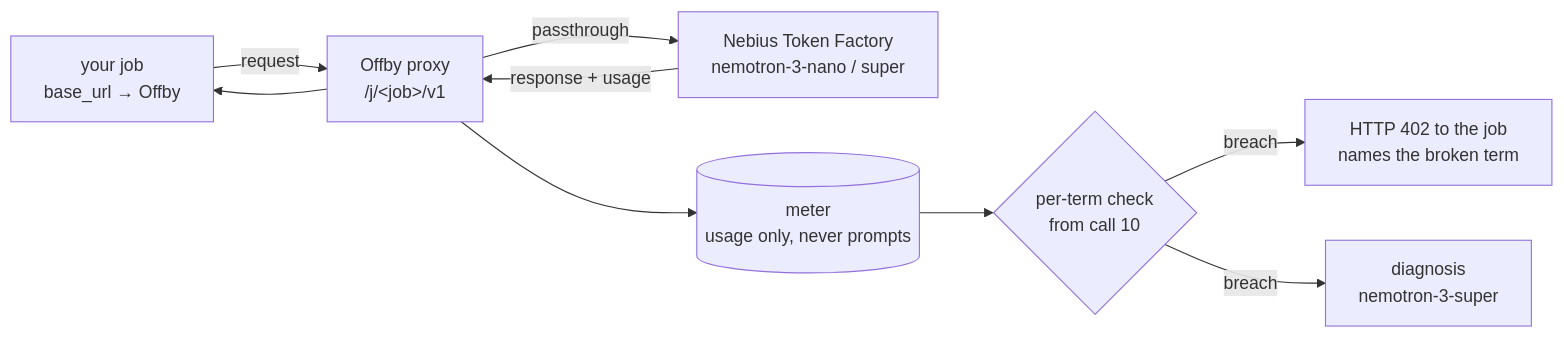
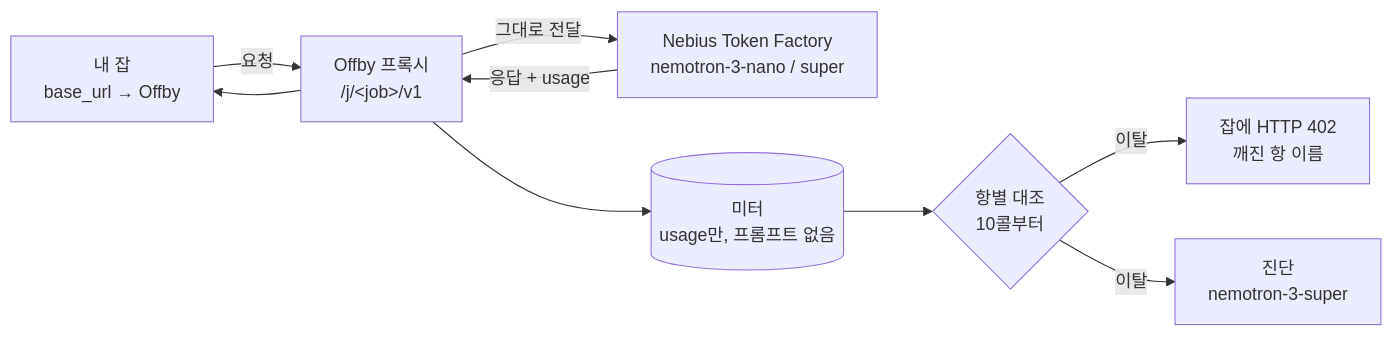
One commit to dejaikeem/offby changed the diagram in README.md. Above: the diagram before and after it, drawn with Mermaid. The commit also changed other lines of this file and 2 other files, not shown here.

````diff
--- a/README.md
+++ b/README.md
@@ -29,10 +31,10 @@
 ```mermaid
 flowchart LR
-  J[your job<br/>base_url → Offby] -->|request| P[Offby proxy<br/>/j/&lt;job&gt;/v1]
-  P -->|passthrough| TF[Nebius Token Factory<br/>nemotron-3-nano / super]
-  TF -->|response + usage| P --> J
-  P --> M[(meter<br/>usage only, never prompts)]
-  M --> B{per-term check<br/>from call 10}
-  B -->|breach| H[HTTP 402 to the job<br/>names the broken term]
-  B -->|breach| D[diagnosis<br/>nemotron-3-super]
+  J[내 잡<br/>base_url → Offby] -->|요청| P[Offby 프록시<br/>/j/&lt;job&gt;/v1]
+  P -->|그대로 전달| TF[Nebius Token Factory<br/>nemotron-3-nano / super]
+  TF -->|응답 + usage| P --> J
+  P --> M[(미터<br/>usage만, 프롬프트 없음)]
+  M --> B{항별 대조<br/>10콜부터}
+  B -->|이탈| H[잡에 HTTP 402<br/>깨진 항 이름]
+  B -->|이탈| D[진단<br/>nemotron-3-super]
 ```
````
